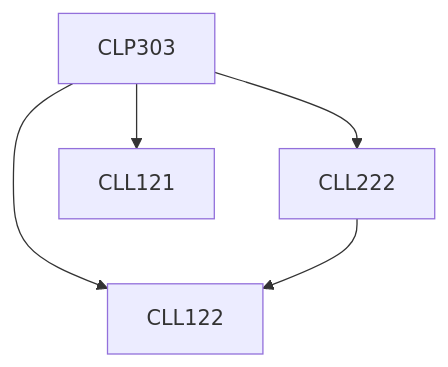
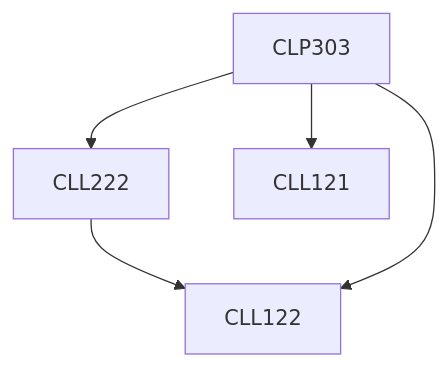
Before and after one commit to KeshavBansal0122/CoS_Website: the diagram in content/Chemical Engineering/CLP303.md, drawn with Mermaid. The commit also changed other lines of this file and 392 other files, not shown here.

````diff
--- a/content/Chemical Engineering/CLP303.md
+++ b/content/Chemical Engineering/CLP303.md
@@ -13,11 +13,11 @@
 ```mermaid
 flowchart TD
 CLP303-170[CLP303]
-CLP303-170 --> CLL222-170[CLL222]
+CLL222-170 --> CLL122-170[CLL122]
 CLP303-170 --> CLL121-170[CLL121]
 CLP303-170 --> CLL122-170[CLL122]
-CLL222-170 --> CLL122-170[CLL122]
+CLP303-170 --> CLL222-170[CLL222]
 
 classDef empty height:17px, fill:transparent, stroke:transparent;
 classDef trueEmpty height:0px, width:0px;
 ```
````
